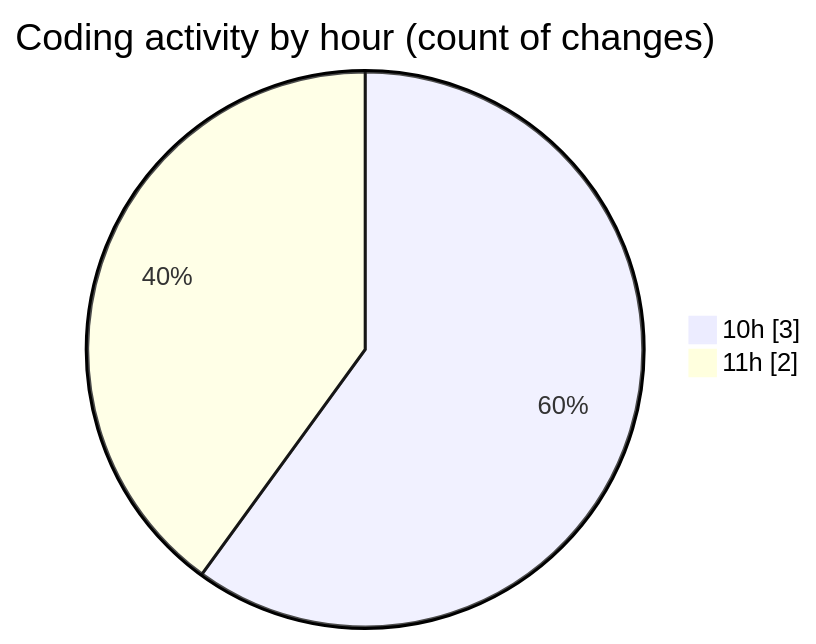
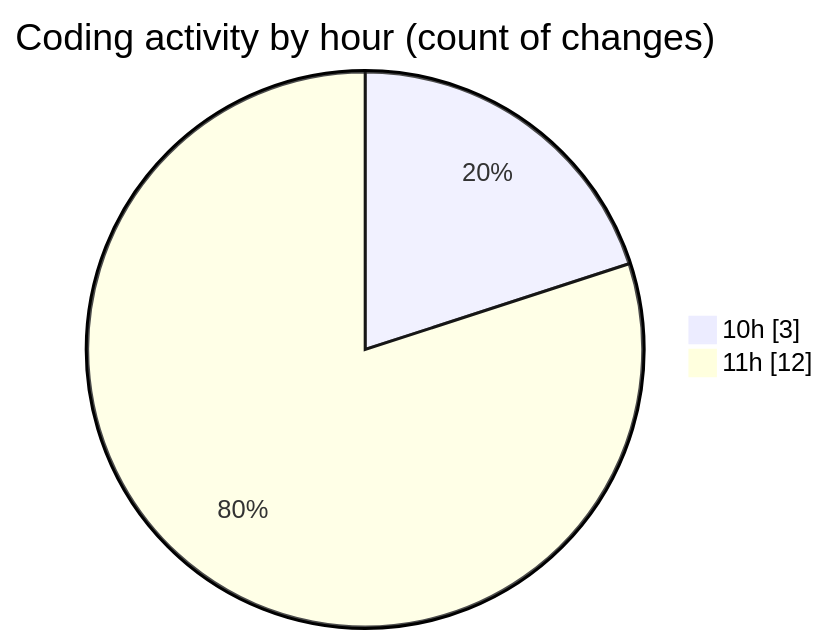
Before and after one commit to nxtqubesakshisongat/code-tracking: the second of 2 diagrams in 2025-07-11/argos/README.md, drawn with Mermaid. The commit also changed other lines of this file and 1 other file, not shown here.

````diff
--- a/2025-07-11/argos/README.md
+++ b/2025-07-11/argos/README.md
@@ -29,6 +30,6 @@
 ```mermaid
 pie showData
 title Coding activity by hour (count of changes)
 "10h" : 3
-"11h" : 2
+"11h" : 12
 ```
````
